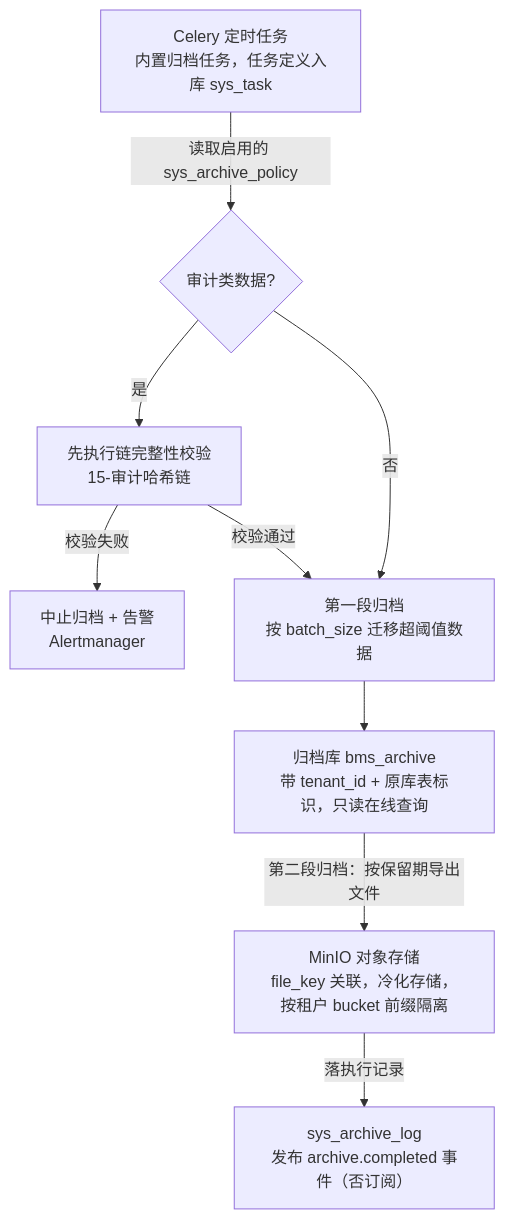
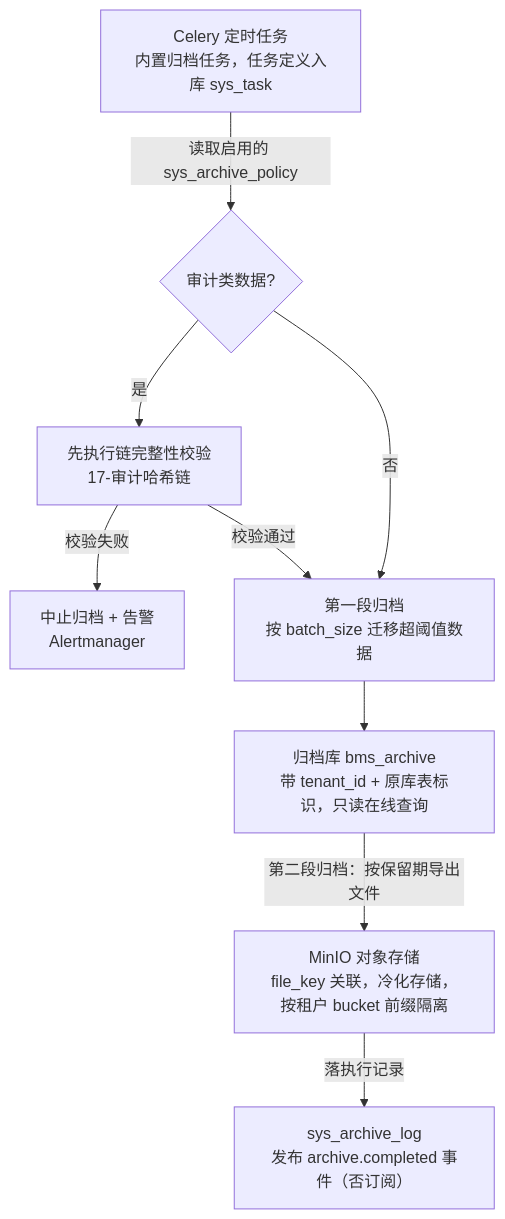
The first of 2 diagrams in bms文档/设计/概要设计/30_概要设计_归档管理.md (minjian123/basic-management-system), drawn with Mermaid before and after one commit. The commit also changed other lines of this file and 163 other files, not shown here.

````diff
--- a/bms文档/设计/概要设计/30_概要设计_归档管理.md
+++ b/bms文档/设计/概要设计/30_概要设计_归档管理.md
@@ -67,11 +67,11 @@
 ```mermaid
 graph TD
     A[Celery 定时任务<br/>内置归档任务，任务定义入库 sys_task] -->|读取启用的 sys_archive_policy| B{审计类数据?}
-    B -->|是| C[先执行链完整性校验<br/>15-审计哈希链]
+    B -->|是| C[先执行链完整性校验<br/>17-审计哈希链]
     C -->|校验失败| D[中止归档 + 告警<br/>Alertmanager]
     C -->|校验通过| E[第一段归档<br/>按 batch_size 迁移超阈值数据]
     B -->|否| E
     E --> F[归档库 bms_archive<br/>带 tenant_id + 原库表标识，只读在线查询]
     F -->|第二段归档：按保留期导出文件| G[MinIO 对象存储<br/>file_key 关联，冷化存储，按租户 bucket 前缀隔离]
     G -->|落执行记录| H[sys_archive_log<br/>发布 archive.completed 事件（否订阅）]
 ```
````
